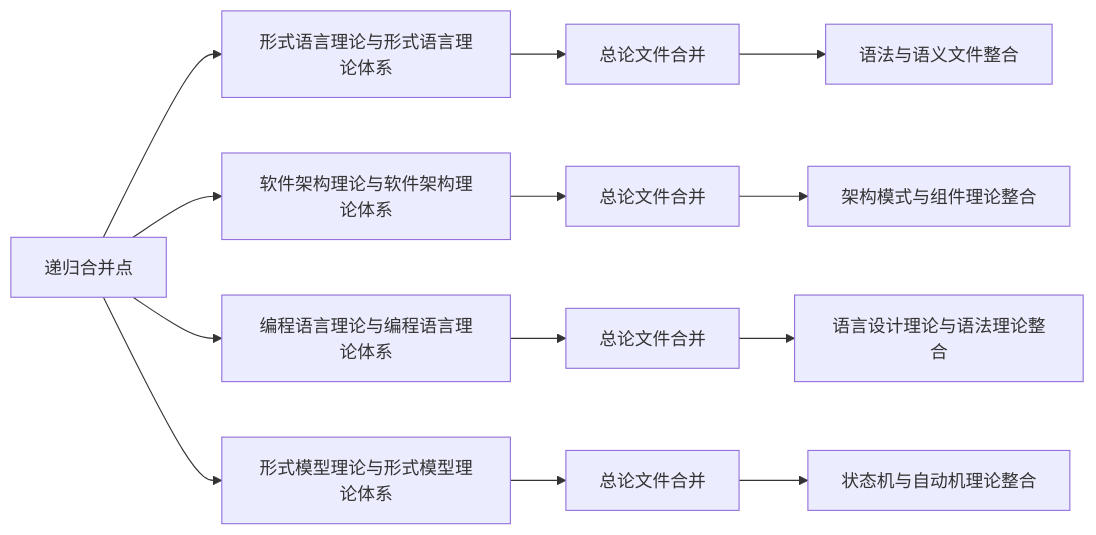
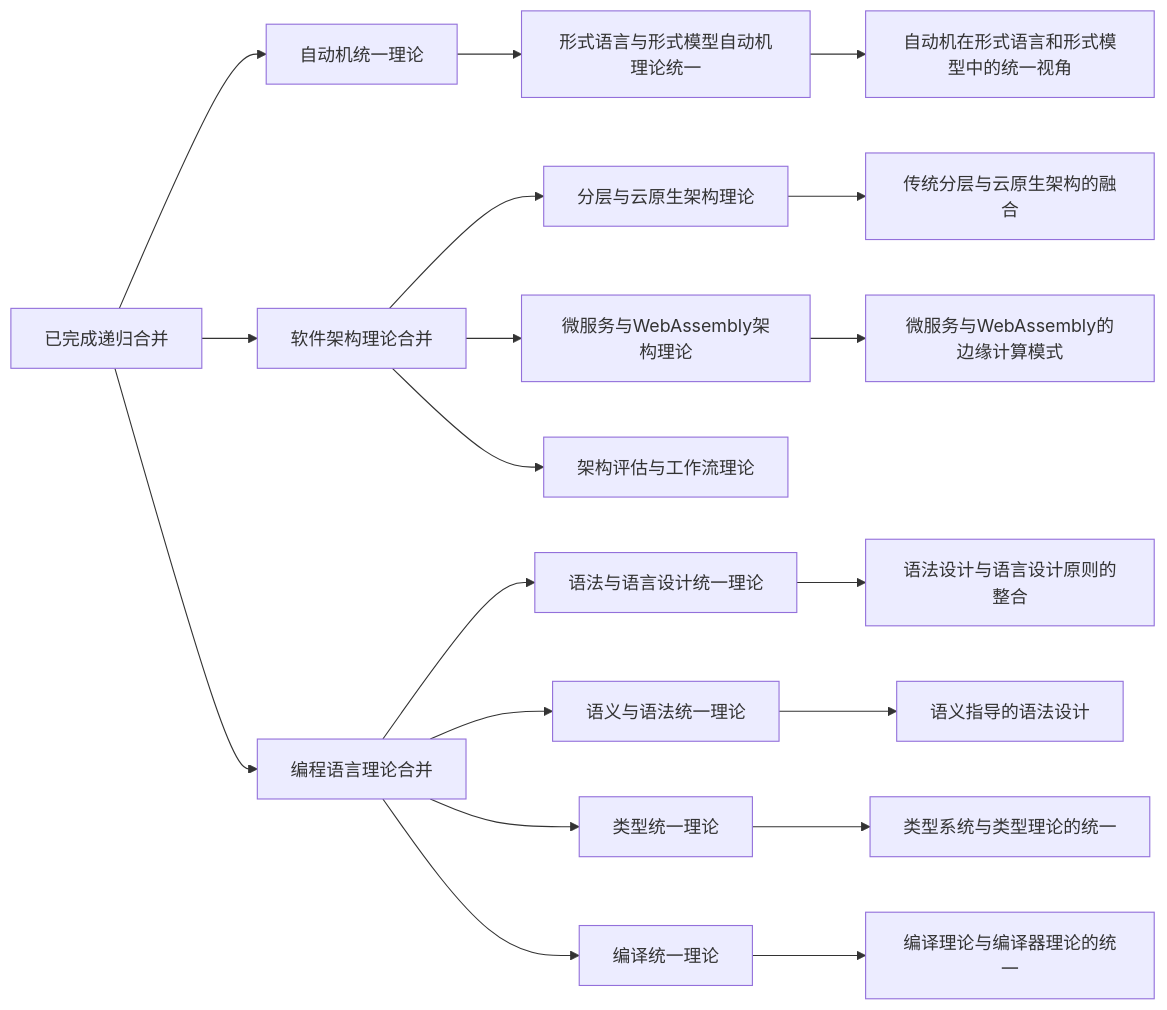
Before and after one commit to AdaMartin18010/formal-architecture: the fourth of 11 diagrams in Analysis/项目知识图谱.md, drawn with Mermaid. The commit also changed other lines of this file and 39 other files, not shown here.

````diff
--- a/Analysis/项目知识图谱.md
+++ b/Analysis/项目知识图谱.md
@@ -155,17 +173,25 @@
 ```mermaid
 graph LR
-    A[递归合并点] --> B1["形式语言理论与形式语言理论体系"]
-    A --> B2["软件架构理论与软件架构理论体系"]
-    A --> B3["编程语言理论与编程语言理论体系"]
-    A --> B4["形式模型理论与形式模型理论体系"]
+    A[已完成递归合并] --> B1["自动机统一理论"]
+    A --> B2["软件架构理论合并"]
+    A --> B3["编程语言理论合并"]
     
-    B1 --> C1["总论文件合并"]
-    B2 --> C2["总论文件合并"]
-    B3 --> C3["总论文件合并"]
-    B4 --> C4["总论文件合并"]
+    B1 --> C1["形式语言与形式模型自动机理论统一"]
     
-    C1 --> D1["语法与语义文件整合"]
-    C2 --> D2["架构模式与组件理论整合"]
-    C3 --> D3["语言设计理论与语法理论整合"]
-    C4 --> D4["状态机与自动机理论整合"]
+    B2 --> C2["分层与云原生架构理论"]
+    B2 --> C3["微服务与WebAssembly架构理论"]
+    B2 --> C4["架构评估与工作流理论"]
+    
+    B3 --> C5["语法与语言设计统一理论"]
+    B3 --> C6["语义与语法统一理论"]
+    B3 --> C7["类型统一理论"]
+    B3 --> C8["编译统一理论"]
+    
+    C1 --> D1["自动机在形式语言和形式模型中的统一视角"]
+    C2 --> D2["传统分层与云原生架构的融合"]
+    C3 --> D3["微服务与WebAssembly的边缘计算模式"]
+    C5 --> D4["语法设计与语言设计原则的整合"]
+    C6 --> D5["语义指导的语法设计"]
+    C7 --> D6["类型系统与类型理论的统一"]
+    C8 --> D7["编译理论与编译器理论的统一"]
 ```
````
